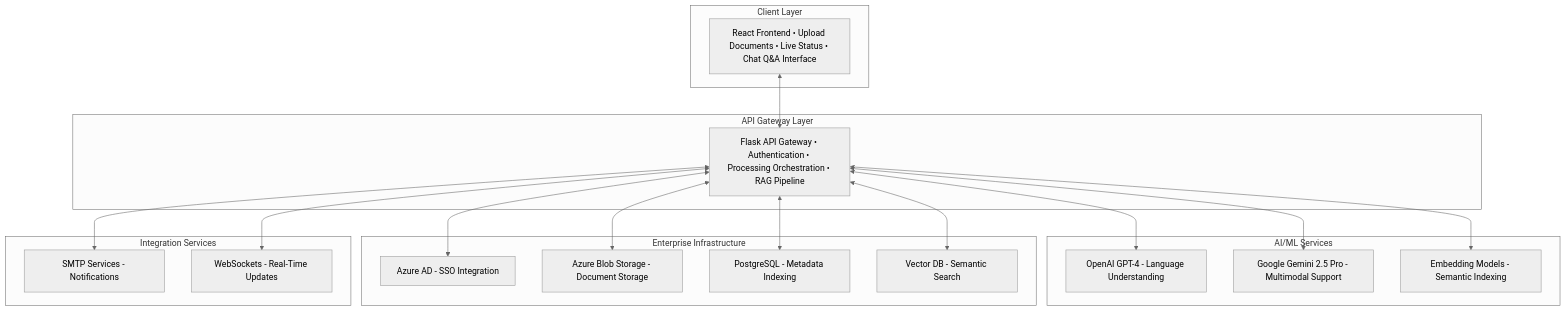
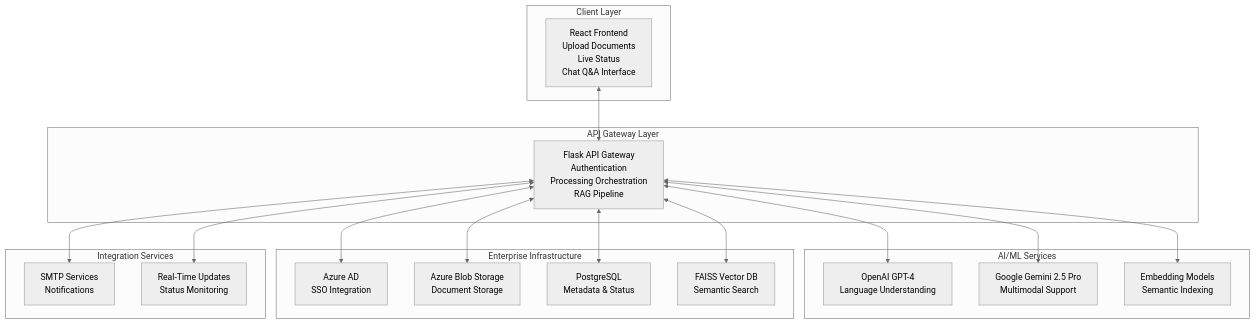
One commit to Datacolor-Inc/Atlas changed the diagram in docuassist/README.md. Above: the diagram before and after it, drawn with Mermaid (neutral theme). The commit also changed other lines of this file, not shown here.

````diff
--- a/docuassist/README.md
+++ b/docuassist/README.md
@@ -23,39 +20,39 @@
 ```mermaid
 graph TB
     subgraph "Client Layer"
-        UI[React Frontend • Upload Documents • Live Status • Chat Q&A Interface]
+        UI[React Frontend<br/>Upload Documents<br/>Live Status<br/>Chat Q&A Interface]
     end
     
     subgraph "API Gateway Layer"
-        API[Flask API Gateway • Authentication • Processing Orchestration • RAG Pipeline]
+        API[Flask API Gateway<br/>Authentication<br/>Processing Orchestration<br/>RAG Pipeline]
     end
     
     subgraph "AI/ML Services"
-        GPT[OpenAI GPT-4 - Language Understanding]
-        GEMINI[Google Gemini 2.5 Pro - Multimodal Support]
-        EMBED[Embedding Models - Semantic Indexing]
+        GPT[OpenAI GPT-4<br/>Language Understanding]
+        GEMINI[Google Gemini 2.5 Pro<br/>Multimodal Support]
+        EMBED[Embedding Models<br/>Semantic Indexing]
     end
     
     subgraph "Enterprise Infrastructure"
-        AAD[Azure AD - SSO Integration]
-        BLOB[Azure Blob Storage - Document Storage]
-        DB[PostgreSQL - Metadata Indexing]
-        VECTOR[Vector DB - Semantic Search]
+        AAD[Azure AD<br/>SSO Integration]
+        BLOB[Azure Blob Storage<br/>Document Storage]
+        DB[PostgreSQL<br/>Metadata & Status]
+        VECTOR[FAISS Vector DB<br/>Semantic Search]
     end
     
     subgraph "Integration Services"
-        EMAIL[SMTP Services - Notifications]
-        NOTIFY[WebSockets - Real-Time Updates]
+        EMAIL[SMTP Services<br/>Notifications]
+        NOTIFY[Real-Time Updates<br/>Status Monitoring]
     end
     
     UI <--> API
     API <--> GPT
     API <--> GEMINI
     API <--> EMBED
     API <--> AAD
     API <--> BLOB
     API <--> DB
     API <--> VECTOR
     API <--> EMAIL
     API <--> NOTIFY
 ```
````
